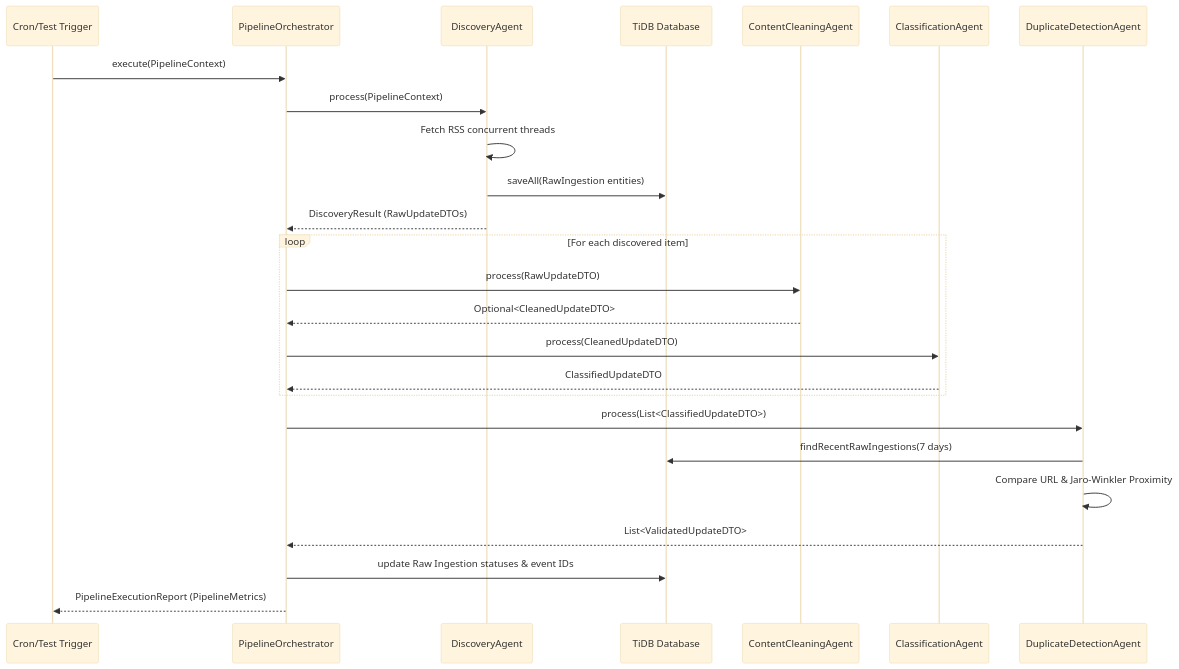
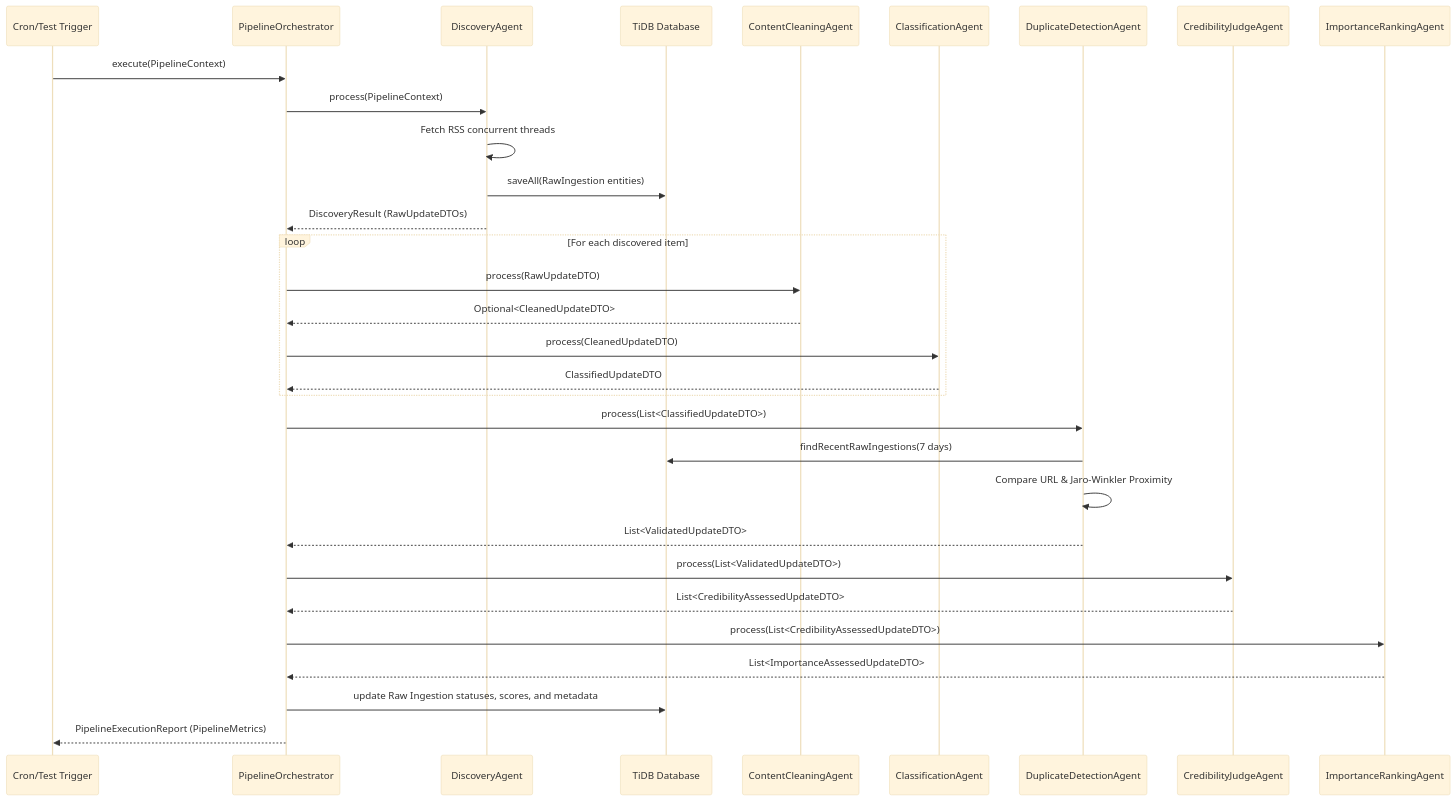
Before and after one commit to karannchaudhari04/TechPulse-AI: the diagram in docs/Pipeline.md, drawn with Mermaid (base theme). The commit also changed other lines of this file and 171 other files, not shown here.

Commit message:
Implement AI-driven agent pipeline, recommendation engine, and event intelligence infrastructure

````diff
--- a/docs/Pipeline.md
+++ b/docs/Pipeline.md
@@ -11,32 +11,40 @@
 ```mermaid
 sequenceDiagram
     participant Scheduler as Cron/Test Trigger
     participant Orchestrator as PipelineOrchestrator
     participant Discovery as DiscoveryAgent
     participant DB as TiDB Database
     participant Cleaner as ContentCleaningAgent
     participant Classifier as ClassificationAgent
     participant Deduplicator as DuplicateDetectionAgent
+    participant Credibility as CredibilityJudgeAgent
+    participant Importance as ImportanceRankingAgent
 
     Scheduler->>Orchestrator: execute(PipelineContext)
     Orchestrator->>Discovery: process(PipelineContext)
     Discovery->>Discovery: Fetch RSS concurrent threads
     Discovery->>DB: saveAll(RawIngestion entities)
     Discovery-->>Orchestrator: DiscoveryResult (RawUpdateDTOs)
     
     loop For each discovered item
         Orchestrator->>Cleaner: process(RawUpdateDTO)
         Cleaner-->>Orchestrator: Optional<CleanedUpdateDTO>
         
         Orchestrator->>Classifier: process(CleanedUpdateDTO)
         Classifier-->>Orchestrator: ClassifiedUpdateDTO
     end
     
     Orchestrator->>Deduplicator: process(List<ClassifiedUpdateDTO>)
     Deduplicator->>DB: findRecentRawIngestions(7 days)
     Deduplicator->>Deduplicator: Compare URL & Jaro-Winkler Proximity
     Deduplicator-->>Orchestrator: List<ValidatedUpdateDTO>
     
-    Orchestrator->>DB: update Raw Ingestion statuses & event IDs
+    Orchestrator->>Credibility: process(List<ValidatedUpdateDTO>)
+    Credibility-->>Orchestrator: List<CredibilityAssessedUpdateDTO>
+    
+    Orchestrator->>Importance: process(List<CredibilityAssessedUpdateDTO>)
+    Importance-->>Orchestrator: List<ImportanceAssessedUpdateDTO>
+    
+    Orchestrator->>DB: update Raw Ingestion statuses, scores, and metadata
     Orchestrator-->>Scheduler: PipelineExecutionReport (PipelineMetrics)
 ```
````
